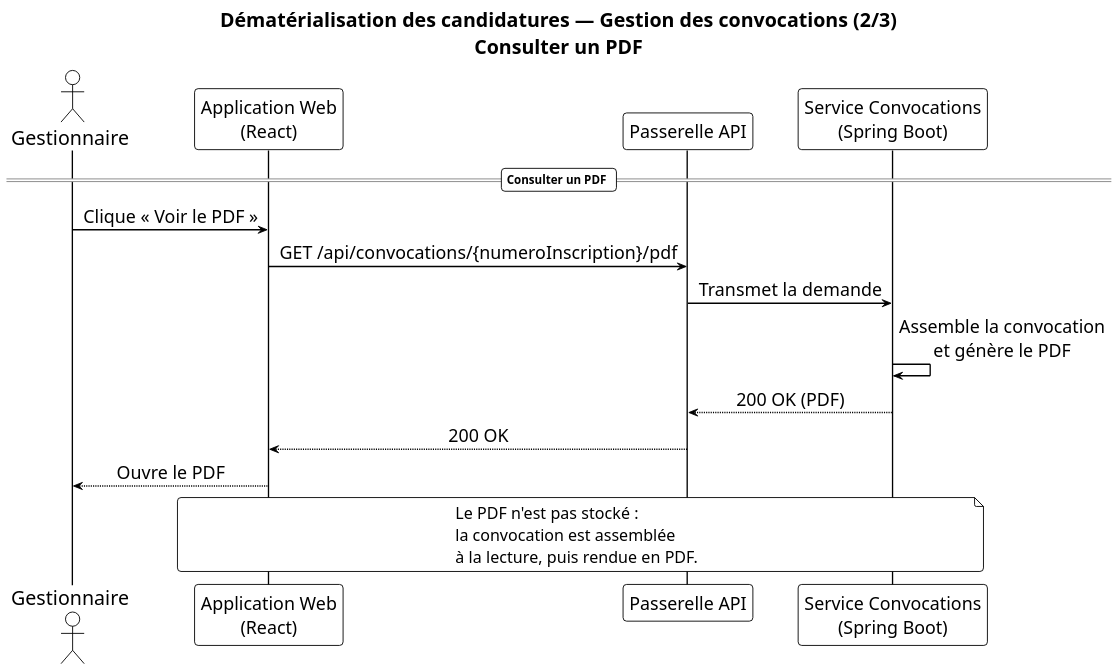
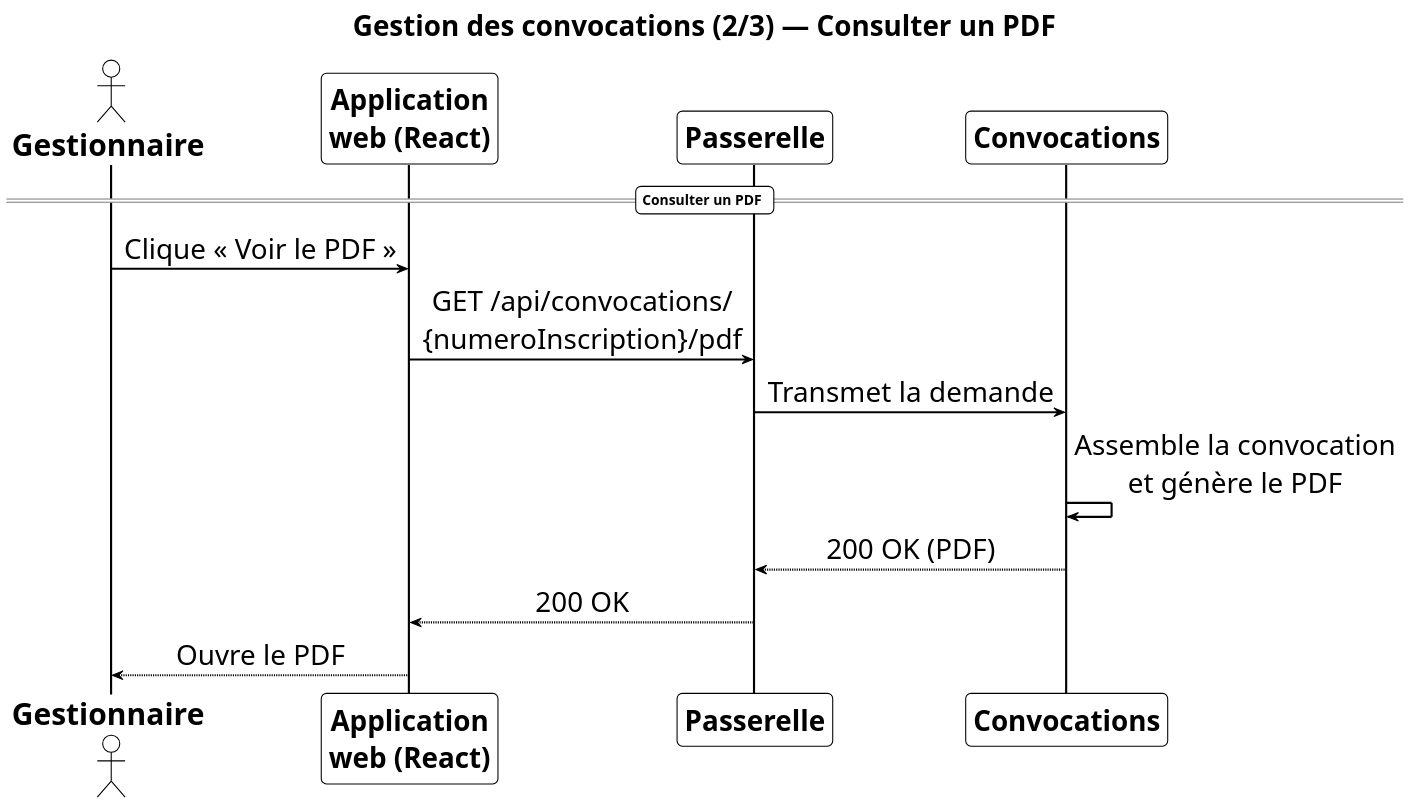
Before and after one commit to mouadofficiel2003/PFE2: the diagram in diagramme-sequence-gestion-convocations-p2.puml, drawn with PlantUML. The commit also changed 45 other files, not shown here.

Commit message:
Mise a jour du rapport PFE, des diagrammes UML/Gantt et de la soutenance.

```diff
--- a/diagramme-sequence-gestion-convocations-p2.puml
+++ b/diagramme-sequence-gestion-convocations-p2.puml
@@ -1,68 +1,60 @@
-@startuml diagramme-sequence-gestion-convocations-2
+@startuml diagramme-sequence-gestion-convocations-p2
 !theme plain
 skinparam shadowing false
-skinparam roundcorner 8
-skinparam dpi 150
+skinparam roundcorner 10
+skinparam dpi 180
 skinparam sequenceMessageAlign center
-skinparam responseMessageBelowArrow true
+skinparam responseMessageBelowArrow false
 
 <style>
 title {
-  FontSize 26
+  FontSize 32
   FontStyle bold
+  Margin 8
 }
 document {
-  FontSize 22
+  FontSize 26
 }
 sequenceDiagram {
   actor {
-    FontSize 22
+    FontSize 28
+    FontStyle bold
+    Padding 10
   }
   participant {
-    FontSize 20
-  }
-  database {
-    FontSize 20
+    FontSize 26
+    FontStyle bold
+    Padding 10
   }
   arrow {
-    FontSize 20
-    LineThickness 1.5
+    FontSize 26
+    LineThickness 2
   }
   divider {
-    FontSize 20
-  }
-  group {
-    FontSize 18
-  }
-  note {
-    FontSize 18
+    FontSize 24
+    FontStyle bold
   }
   lifeLine {
-    LineThickness 1.5
+    LineThickness 2
   }
 }
 </style>
 
-title Dématérialisation des candidatures — Gestion des convocations (2/3)\nConsulter un PDF
+title Gestion des convocations (2/3) — Consulter un PDF
 
 actor "Gestionnaire" as Gest
-participant "Application Web\n(React)" as React
-participant "Passerelle API" as GW
-participant "Service Convocations\n(Spring Boot)" as Conv
+participant "Application\nweb (React)" as React
+participant "Passerelle" as GW
+participant "Convocations" as Conv
 
 == Consulter un PDF ==
+
 Gest -> React : Clique « Voir le PDF »
-React -> GW : GET /api/convocations/{numeroInscription}/pdf
+React -> GW : GET /api/convocations/\n{numeroInscription}/pdf
 GW -> Conv : Transmet la demande
 Conv -> Conv : Assemble la convocation\net génère le PDF
 Conv --> GW : 200 OK (PDF)
 GW --> React : 200 OK
 React --> Gest : Ouvre le PDF
 
-note over React, Conv
-  Le PDF n'est pas stocké :
-  la convocation est assemblée
-  à la lecture, puis rendue en PDF.
-end note
-
 @enduml
```
